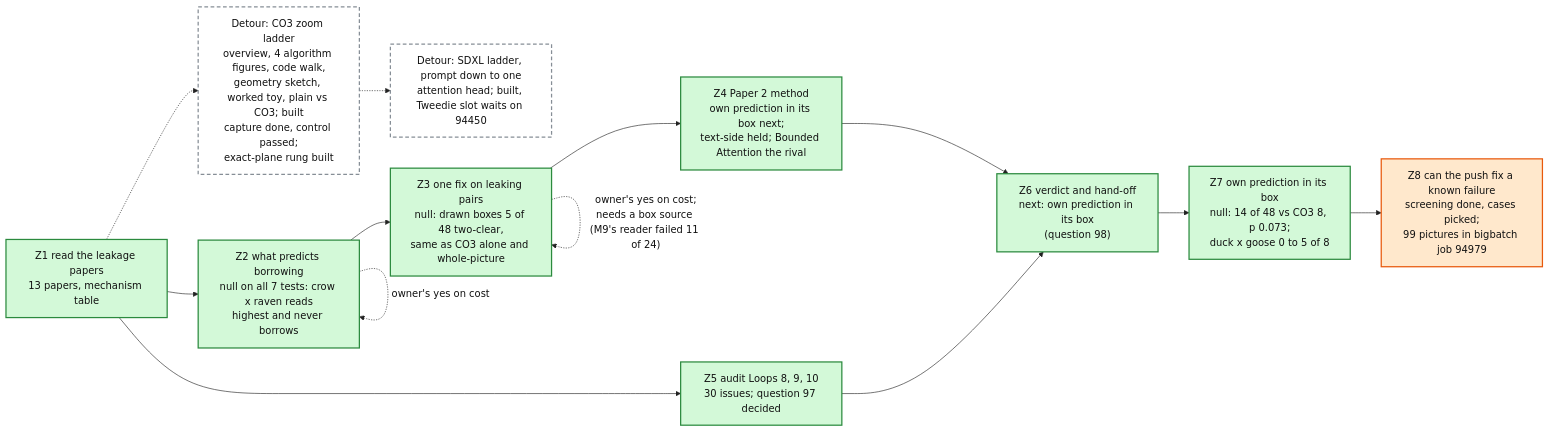
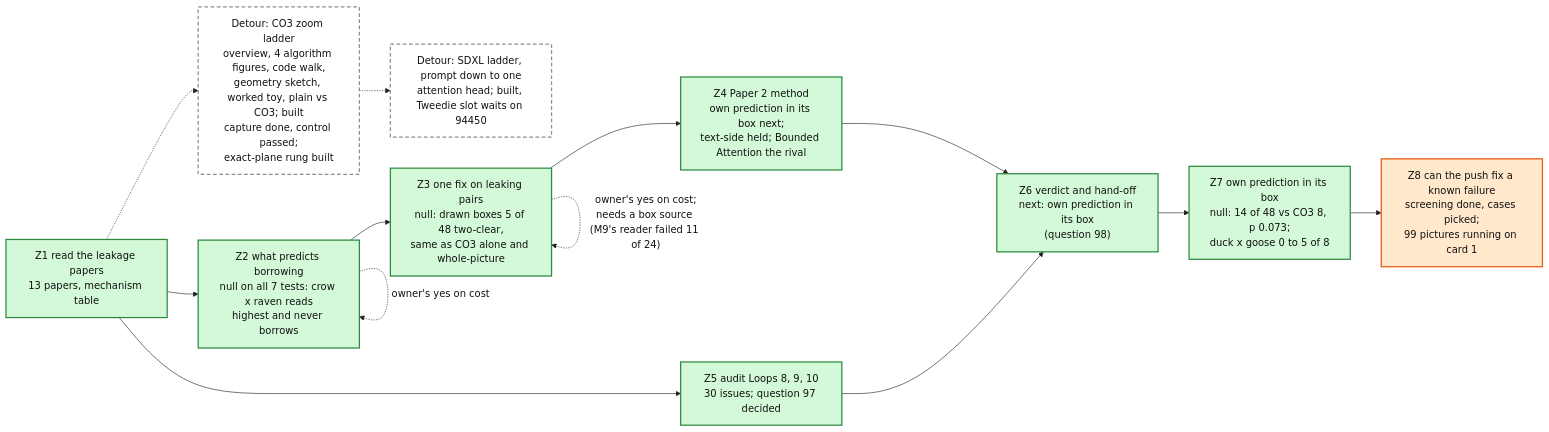
The diagram in artifacts/notes/progress/leakage/loop-12-progress.mmd (mo-rsa24/concept-composition), drawn with Mermaid before and after one commit. The commit also changed 1 other file, not shown here.

Commit message:
Loop 12 map: Z8 proper on card 1

```diff
--- a/artifacts/notes/progress/leakage/loop-12-progress.mmd
+++ b/artifacts/notes/progress/leakage/loop-12-progress.mmd
@@ -1,24 +1,24 @@
 %%{init: {'theme': 'base', 'themeVariables': {'fontFamily': 'monospace', 'primaryColor': '#ffffff', 'primaryBorderColor': '#222222', 'primaryTextColor': '#111111', 'lineColor': '#222222'}}}%%
 flowchart LR
   Z1["Z1 read the leakage papers<br/>13 papers, mechanism table"]:::done
   Z2["Z2 what predicts borrowing<br/>null on all 7 tests: crow x raven reads<br/>highest and never borrows"]:::done
   Z3["Z3 one fix on leaking pairs<br/>null: drawn boxes 5 of 48 two-clear,<br/>same as CO3 alone and whole-picture"]:::done
   Z4["Z4 Paper 2 method<br/>own prediction in its box next;<br/>text-side held; Bounded Attention the rival"]:::done
   Z5["Z5 audit Loops 8, 9, 10<br/>30 issues; question 97 decided"]:::done
   Z6["Z6 verdict and hand-off<br/>next: own prediction in its box<br/>(question 98)"]:::done
   LAD["Detour: CO3 zoom ladder<br/>overview, 4 algorithm figures, code walk,<br/>geometry sketch, worked toy, plain vs CO3; built<br/>capture done, control passed;<br/>exact-plane rung built"]:::detour
   Z1 -.-> LAD
   SDX["Detour: SDXL ladder, prompt down to one<br/>attention head; built, Tweedie slot waits on 94450"]:::detour
   LAD -.-> SDX
   Z1 --> Z2 --> Z3 --> Z4 --> Z6
   Z1 --> Z5 --> Z6
   Z2 -. "owner's yes on cost" .-> Z2
   Z3 -. "owner's yes on cost;<br/>needs a box source (M9's reader failed 11 of 24)" .-> Z3
   Z7["Z7 own prediction in its box<br/>null: 14 of 48 vs CO3 8, p 0.073;<br/>duck x goose 0 to 5 of 8"]:::done
   Z6 --> Z7
-  Z8["Z8 can the push fix a known failure<br/>screening done, cases picked;<br/>99 pictures in bigbatch job 94979"]:::doing
+  Z8["Z8 can the push fix a known failure<br/>screening done, cases picked;<br/>99 pictures running on card 1"]:::doing
   Z7 --> Z8
   classDef done fill:#d3f9d8,stroke:#2b8a3e,stroke-width:2px
   classDef doing fill:#ffe8cc,stroke:#e8590c,stroke-width:2px
   classDef detour fill:#ffffff,stroke:#868e96,stroke-width:2px,stroke-dasharray: 6 4
   classDef todo fill:#f1f3f5,stroke:#868e96,stroke-width:2px
```
